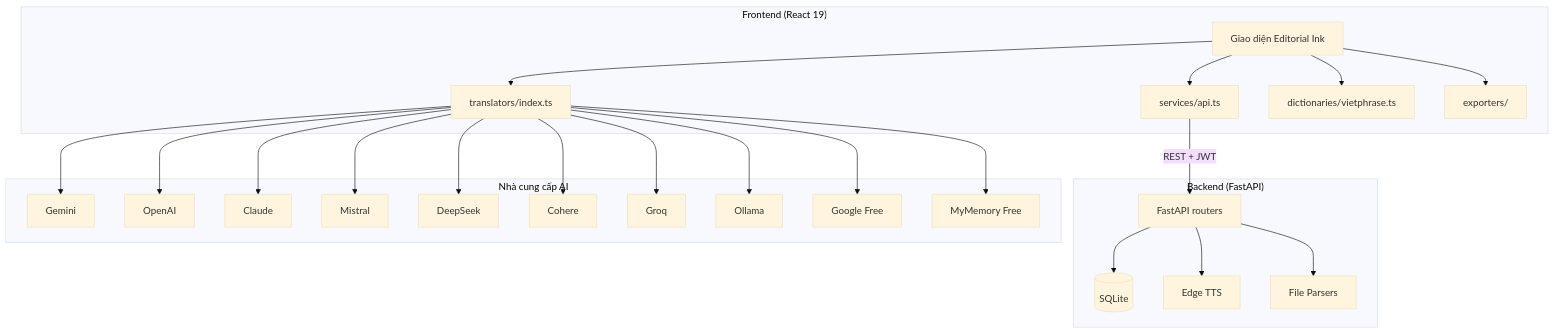
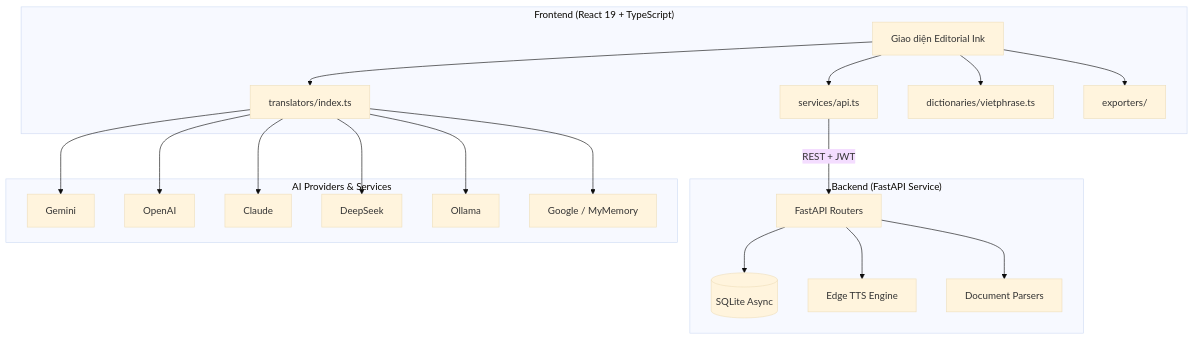
One commit to Lacia1803/omninovel-studio changed the diagram in README.md. Above: the diagram before and after it, drawn with Mermaid (base theme). The commit also changed other lines of this file, not shown here.

````diff
--- a/README.md
+++ b/README.md
@@ -88,29 +37,23 @@
 ```mermaid
 graph TB
-    subgraph "Frontend (React 19)"
-        UI[Giao diện Editorial Ink] --> API[services/api.ts]
-        UI --> Trans[translators/index.ts]
-        UI --> Dict[dictionaries/vietphrase.ts]
-        UI --> Exp[exporters/]
-    end
-
-    subgraph "Backend (FastAPI)"
-        API -->|REST + JWT| BE[FastAPI routers]
-        BE --> DB[(SQLite)]
-        BE --> TTS[Edge TTS]
-        BE --> Parser[File Parsers]
-    end
-
-    subgraph "Nhà cung cấp AI"
-        Trans --> Gemini
-        Trans --> OpenAI
-        Trans --> Claude
-        Trans --> Mistral
-        Trans --> DeepSeek
-        Trans --> Cohere
-        Trans --> Groq
-        Trans --> Ollama
-        Trans --> GoogleFree[Google Free]
-        Trans --> MyMemory[MyMemory Free]
-    end
+subgraph "Frontend (React 19 + TypeScript)"
+    UI[Giao diện Editorial Ink] --> API[services/api.ts]
+    UI --> Trans[translators/index.ts]
+    UI --> Dict[dictionaries/vietphrase.ts]
+    UI --> Exp[exporters/]
+end
+subgraph "Backend (FastAPI Service)"
+    API -->|REST + JWT| BE[FastAPI Routers]
+    BE --> DB[(SQLite Async)]
+    BE --> TTS[Edge TTS Engine]
+    BE --> Parser[Document Parsers]
+end
+subgraph "AI Providers & Services"
+    Trans --> Gemini
+    Trans --> OpenAI
+    Trans --> Claude
+    Trans --> DeepSeek
+    Trans --> Ollama
+    Trans --> FreeProviders[Google / MyMemory]
+end
 ```
````
